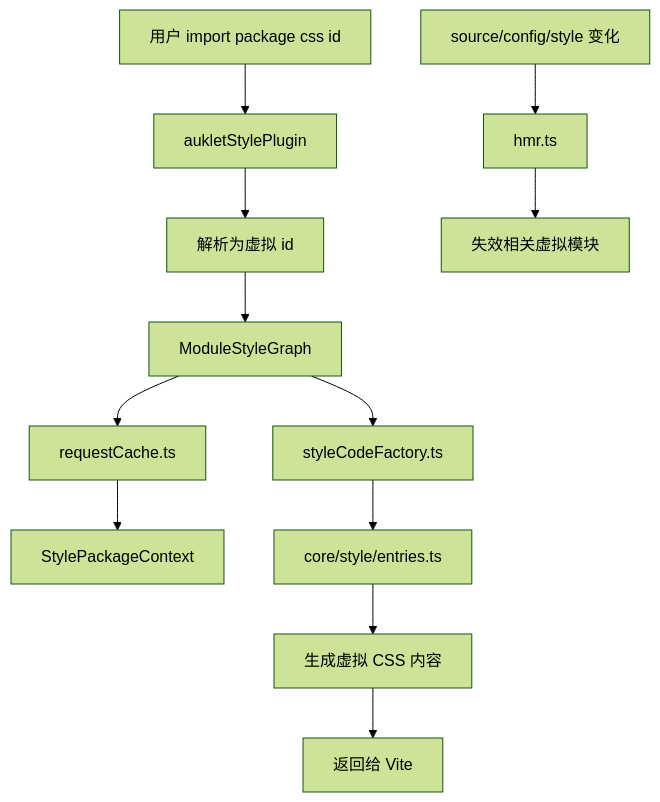
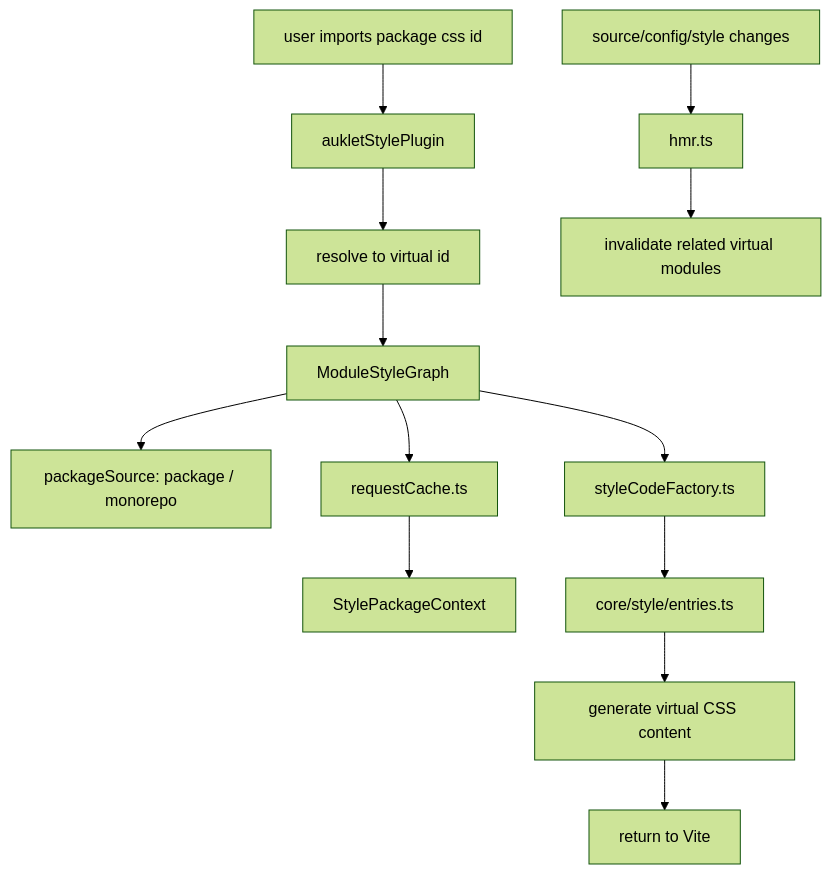
The fourth of 4 diagrams in CONTRIBUTING.md (imtaotao/auklet), drawn with Mermaid (forest theme) before and after one commit. The commit also changed other lines of this file and 9 other files, not shown here.

````diff
--- a/CONTRIBUTING.md
+++ b/CONTRIBUTING.md
@@ -277,14 +370,15 @@
 ```mermaid
 flowchart TD
-  Import["用户 import package css id"] --> Plugin["aukletStylePlugin"]
-  Plugin --> ResolveId["解析为虚拟 id"]
+  Import["user imports package css id"] --> Plugin["aukletStylePlugin"]
+  Plugin --> ResolveId["resolve to virtual id"]
   ResolveId --> Graph["ModuleStyleGraph"]
+  Graph --> Source["packageSource: package / monorepo"]
   Graph --> Cache["requestCache.ts"]
   Cache --> PackageContext["StylePackageContext"]
   Graph --> Factory["styleCodeFactory.ts"]
   Factory --> SharedGraph["core/style/entries.ts"]
-  SharedGraph --> LoadStyle["生成虚拟 CSS 内容"]
-  LoadStyle --> Vite["返回给 Vite"]
-  FileChange["source/config/style 变化"] --> Hmr["hmr.ts"]
-  Hmr --> Invalidate["失效相关虚拟模块"]
+  SharedGraph --> LoadStyle["generate virtual CSS content"]
+  LoadStyle --> Vite["return to Vite"]
+  FileChange["source/config/style changes"] --> Hmr["hmr.ts"]
+  Hmr --> Invalidate["invalidate related virtual modules"]
 ```
````
